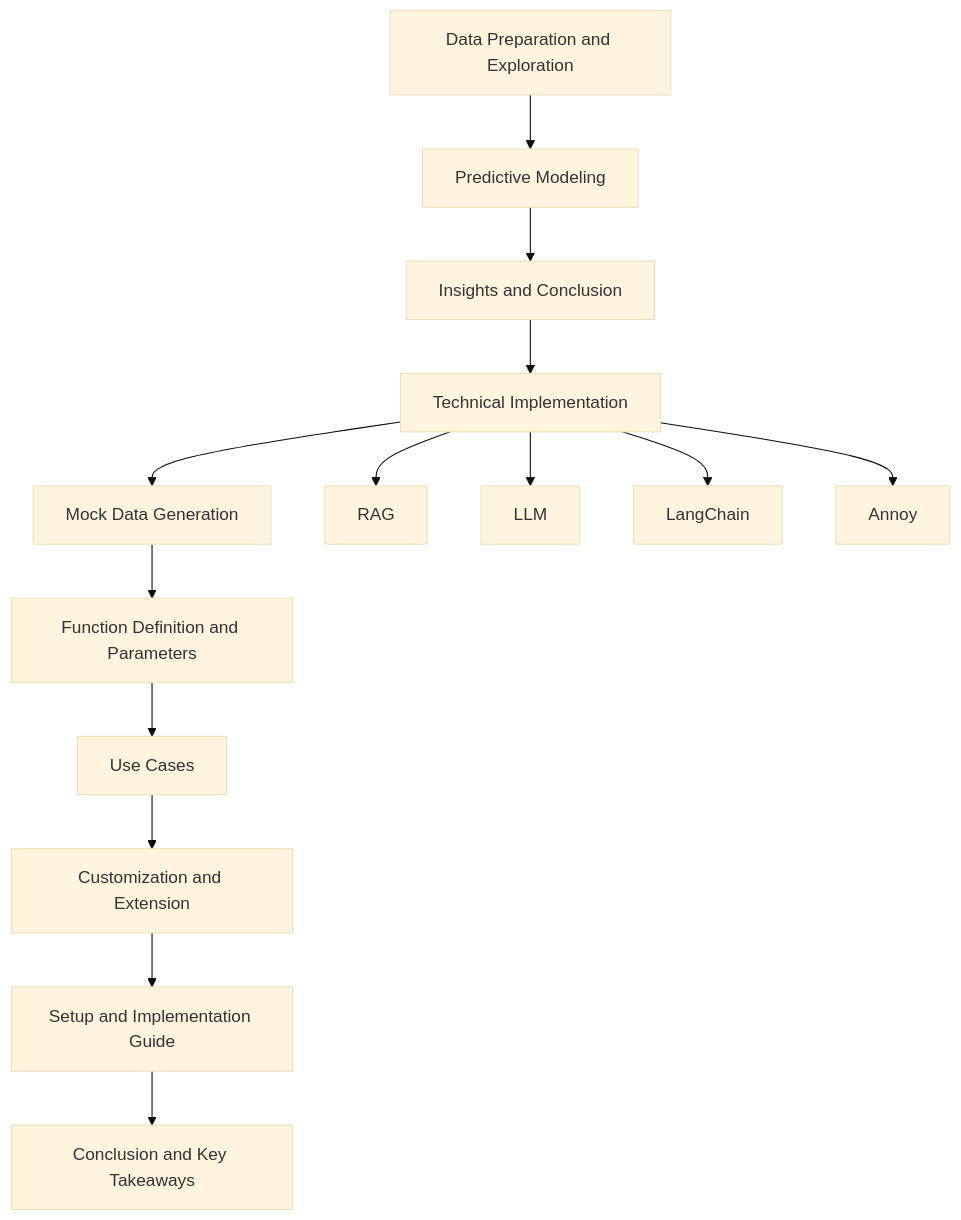
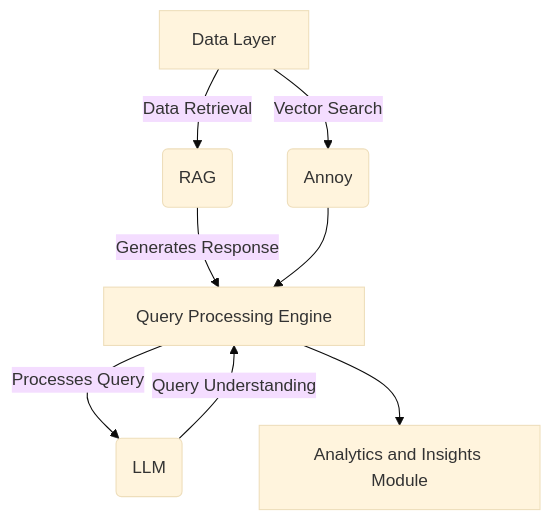
Before and after one commit to mgorav/retail_rag: the first of 3 diagrams in readme.md, drawn with Mermaid (base theme). The commit also changed other lines of this file and 2 other files, not shown here.

Commit message:
added detailed readme.me and ecom LLM

````diff
--- a/readme.md
+++ b/readme.md
@@ -71,16 +25,10 @@
 ```mermaid
-graph TD
-    A[Data Preparation and Exploration] --> B[Predictive Modeling]
-    B --> C[Insights and Conclusion]
-    C --> D[Technical Implementation]
-    D --> E[Mock Data Generation]
-    E --> F[Function Definition and Parameters]
-    F --> G[Use Cases]
-    G --> H[Customization and Extension]
-    H --> I[Setup and Implementation Guide]
-    I --> J[Conclusion and Key Takeaways]
-    D --> K[RAG]
-    D --> L[LLM]
-    D --> M[LangChain]
-    D --> N[Annoy]
+graph TD;
+    A[Data Layer] -->|Data Retrieval| B(RAG)
+    B -->|Generates Response| D[Query Processing Engine]
+    A -->|Vector Search| C(Annoy)
+    C --> D
+    D -->|Processes Query| E(LLM)
+    E -->|Query Understanding| D 
+    D --> F[Analytics and Insights Module]
 ```
````
